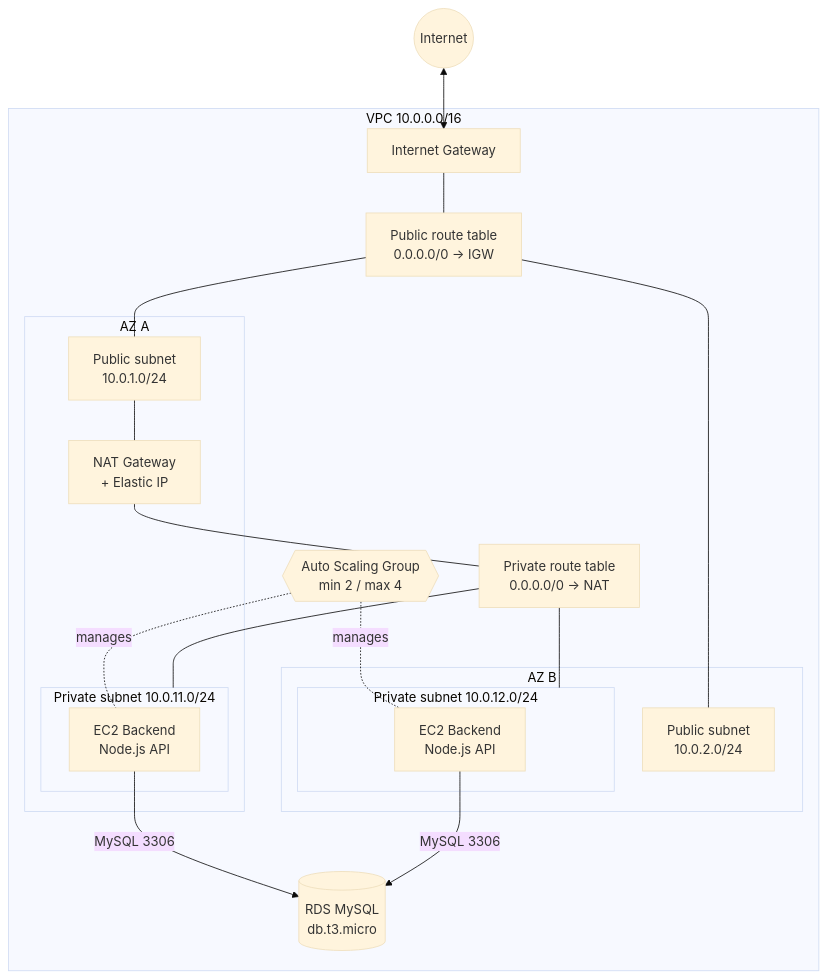
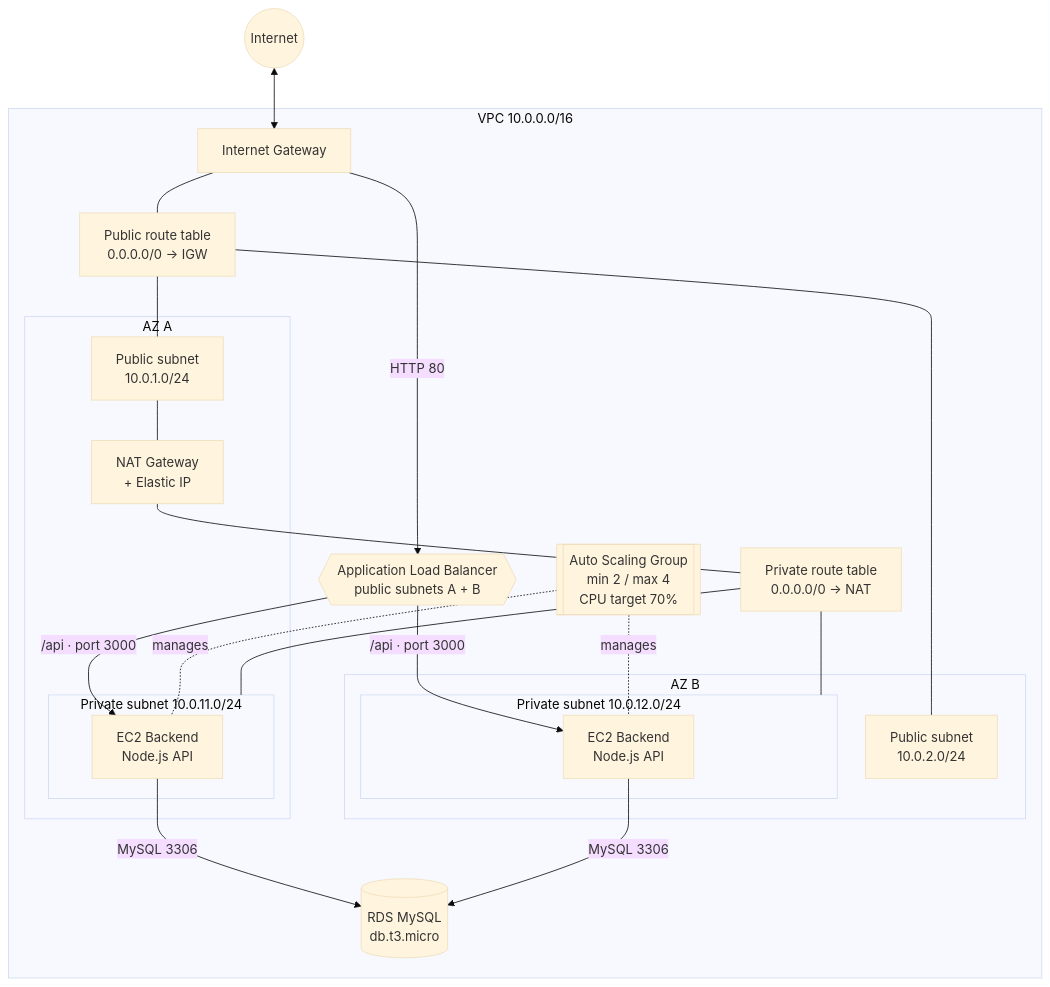
The first of 2 diagrams in README.md (samibhiri/aws-terraform-ha-fullstack), drawn with Mermaid (base theme) before and after one commit. The commit also changed other lines of this file and 3 other files, not shown here.

First line of the commit message:
feat(alb): attach ASG to target group and add CPU scaling policy

````diff
--- a/README.md
+++ b/README.md
@@ -18,41 +18,45 @@
 ```mermaid
 flowchart TB
     internet((Internet))
 
     subgraph VPC["VPC 10.0.0.0/16"]
         igw[Internet Gateway]
         rtpub[Public route table<br/>0.0.0.0/0 → IGW]
         rtpriv[Private route table<br/>0.0.0.0/0 → NAT]
 
         subgraph AZA["AZ A"]
             pubA[Public subnet<br/>10.0.1.0/24]
             nat[NAT Gateway<br/>+ Elastic IP]
             subgraph privA["Private subnet 10.0.11.0/24"]
                 be1[EC2 Backend<br/>Node.js API]
             end
         end
 
         subgraph AZB["AZ B"]
             pubB[Public subnet<br/>10.0.2.0/24]
             subgraph privB["Private subnet 10.0.12.0/24"]
                 be2[EC2 Backend<br/>Node.js API]
             end
         end
 
-        asg{{Auto Scaling Group<br/>min 2 / max 4}}
+        alb{{Application Load Balancer<br/>public subnets A + B}}
+        asg[[Auto Scaling Group<br/>min 2 / max 4<br/>CPU target 70%]]
         rds[(RDS MySQL<br/>db.t3.micro)]
     end
 
     internet <--> igw
     igw --- rtpub
     rtpub --- pubA
     rtpub --- pubB
     pubA --- nat
     nat --- rtpriv
     rtpriv --- privA
     rtpriv --- privB
+    igw -->|HTTP 80| alb
+    alb -->|/api · port 3000| be1
+    alb -->|/api · port 3000| be2
     asg -.manages.- be1
     asg -.manages.- be2
     be1 -->|MySQL 3306| rds
     be2 -->|MySQL 3306| rds
 ```
````
